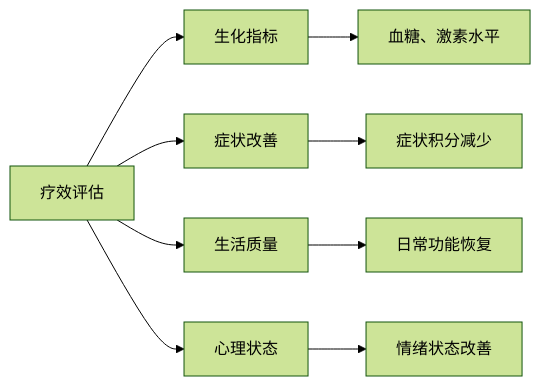
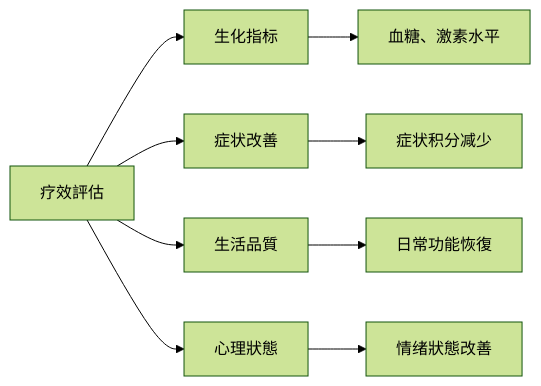
One commit to kmjade/knowledge-value changed the second of 2 diagrams in 3 Resources/01-Tech/🏥 专业知识/耳穴知识库/04_临床应用/内分泌代谢疾病治疗方案.md. Above: the diagram before and after it, drawn with Mermaid (forest theme). The commit also changed other lines of this file and 653 other files, not shown here.

````diff
--- a/3 Resources/01-Tech/🏥 专业知识/耳穴知识库/04_临床应用/内分泌代谢疾病治疗方案.md
+++ b/3 Resources/01-Tech/🏥 专业知识/耳穴知识库/04_临床应用/内分泌代谢疾病治疗方案.md
@@ -176,12 +176,12 @@
 ```mermaid
 graph LR
-    A[疗效评估] --> B[生化指标]
+    A[疗效評估] --> B[生化指标]
     A --> C[症状改善]
-    A --> D[生活质量]
-    A --> E[心理状态]
+    A --> D[生活品質]
+    A --> E[心理狀態]
     
     B --> B1[血糖、激素水平]
     C --> C1[症状积分减少]
-    D --> D1[日常功能恢复]
-    E --> E1[情绪状态改善]
+    D --> D1[日常功能恢復]
+    E --> E1[情绪狀態改善]
 ```
````
